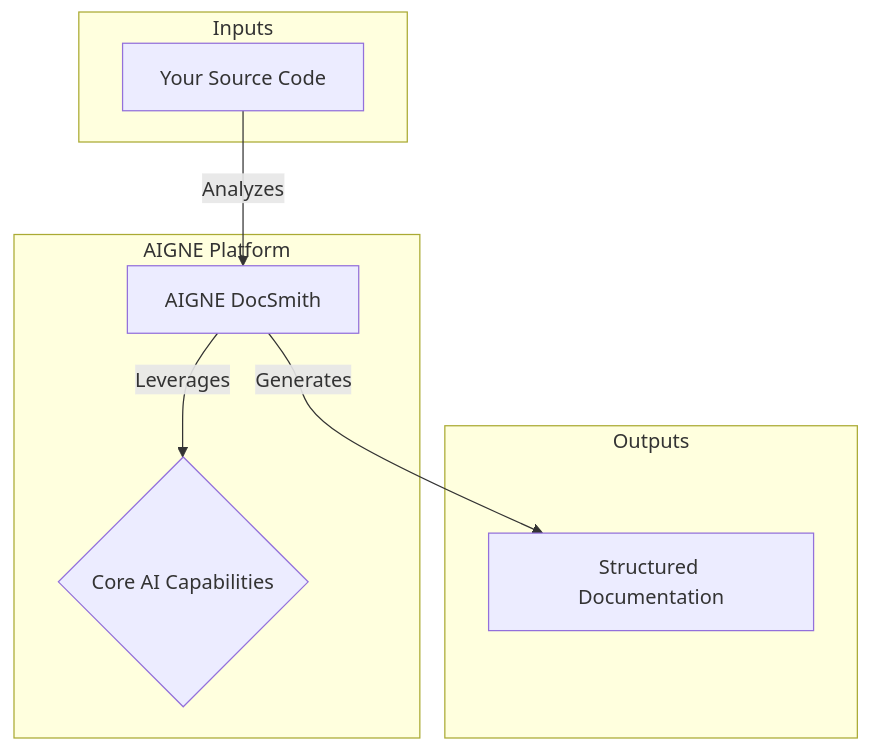
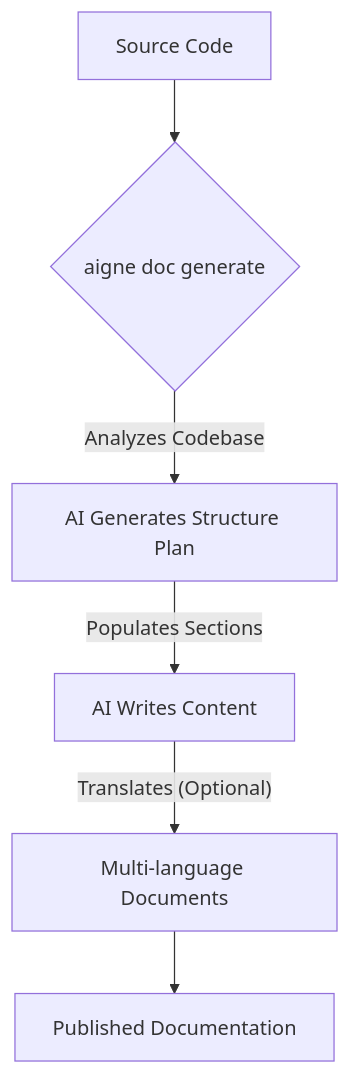
One commit to AIGNE-io/aigne-doc-smith changed the diagram in docs/overview.md. Above: the diagram before and after it, drawn with Mermaid. The commit also changed other lines of this file and 30 other files, not shown here.

````diff
--- a/docs/overview.md
+++ b/docs/overview.md
@@ -17,19 +30,8 @@
 ```mermaid
-flowchart TD
-    subgraph "Inputs"
-        A["Your Source Code"]
-    end
-
-    subgraph "AIGNE Platform"
-        B["AIGNE DocSmith"]
-        C{"Core AI Capabilities"}
-    end
-
-    subgraph "Outputs"
-        D["Structured Documentation"]
-    end
-
-    A -- "Analyzes" --> B
-    B -- "Leverages" --> C
-    B -- "Generates" --> D
+graph TD;
+    A["Source Code"] --> B{"aigne doc generate"};
+    B -- "Analyzes Codebase" --> C["AI Generates Structure Plan"];
+    C -- "Populates Sections" --> D["AI Writes Content"];
+    D -- "Translates (Optional)" --> E["Multi-language Documents"];
+    E --> F["Published Documentation"];
 ```
````
